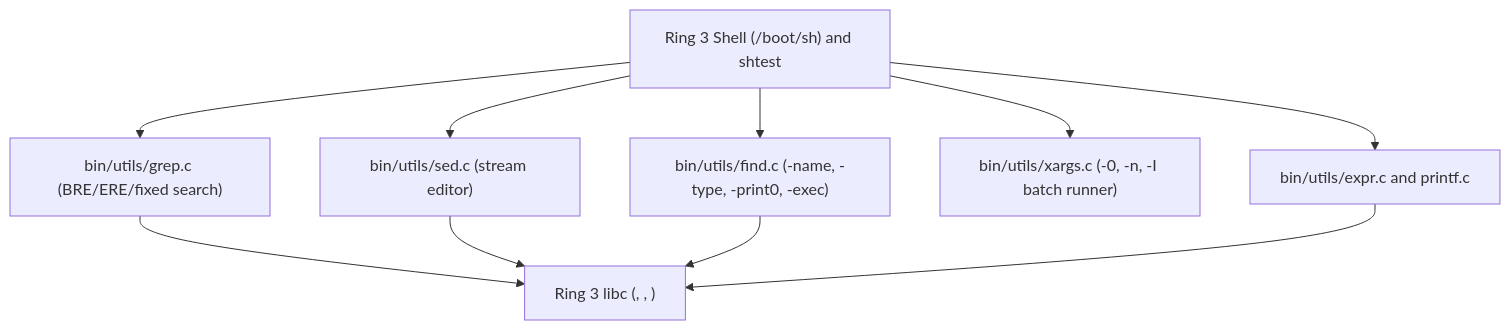
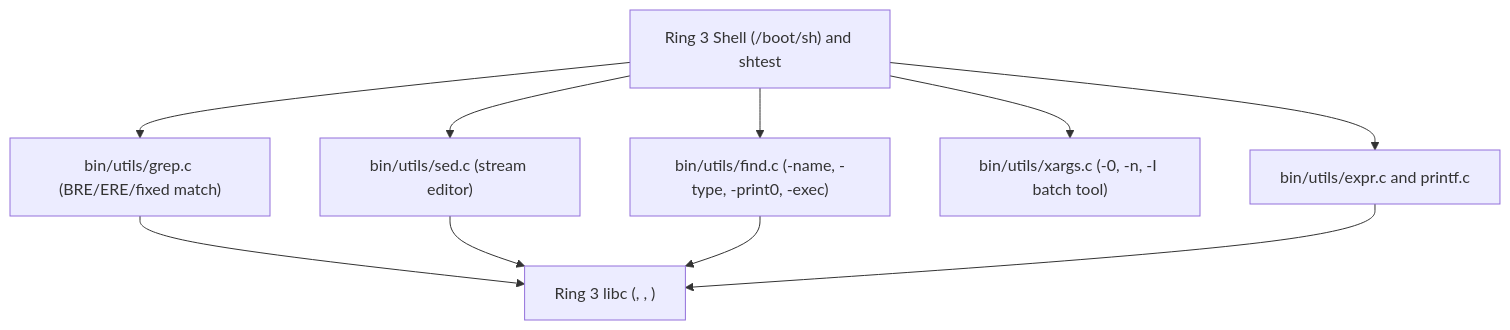
One commit to Deniz-Eren/microkernel changed the diagram in docs/30-architecture/adr/ADR_0041.md. Above: the diagram before and after it, drawn with Mermaid. The commit also changed other lines of this file and 151 other files, not shown here.

````diff
--- a/docs/30-architecture/adr/ADR_0041.md
+++ b/docs/30-architecture/adr/ADR_0041.md
@@ -21,20 +21,20 @@
 ```mermaid
 flowchart TD
     SH["Ring 3 Shell (/boot/sh) and shtest"]
-    GREP["bin/utils/grep.c (BRE/ERE/fixed search)"]
+    GREP["bin/utils/grep.c (BRE/ERE/fixed match)"]
     SED["bin/utils/sed.c (stream editor)"]
     FIND["bin/utils/find.c (-name, -type, -print0, -exec)"]
-    XARGS["bin/utils/xargs.c (-0, -n, -I batch runner)"]
+    XARGS["bin/utils/xargs.c (-0, -n, -I batch tool)"]
     EXPR["bin/utils/expr.c and printf.c"]
     LIBC["Ring 3 libc (<regex.h>, <fnmatch.h>, <stdio.h>)"]
 
     SH --> GREP
     SH --> SED
     SH --> FIND
     SH --> XARGS
     SH --> EXPR
     GREP --> LIBC
     SED --> LIBC
     FIND --> LIBC
     EXPR --> LIBC
 ```
````
